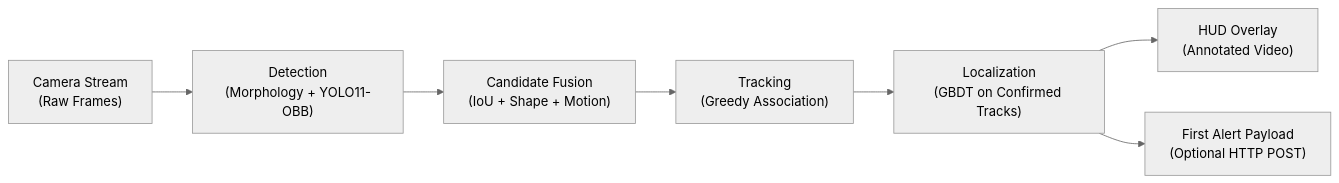
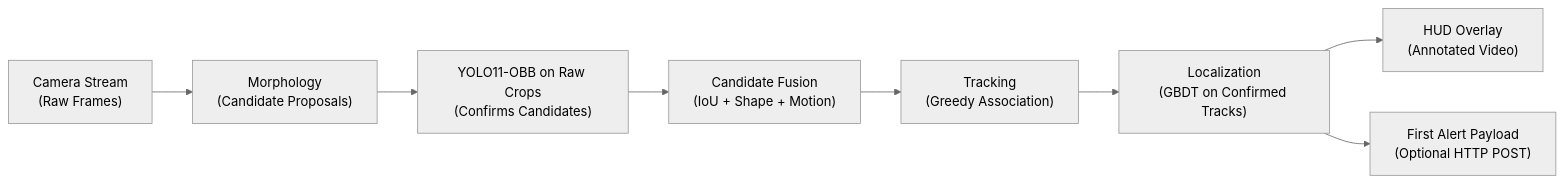
The diagram in README.md (PS-Open-Fruit/AI-Drone-Detection), drawn with Mermaid (neutral theme) before and after one commit. The commit also changed other lines of this file and 8 other files, not shown here.

````diff
--- a/README.md
+++ b/README.md
@@ -21,9 +27,10 @@
 ```mermaid
 flowchart LR
-    A["Camera Stream\n(Raw Frames)"] --> B["Detection\n(Morphology + YOLO11-OBB)"]
-    B --> C["Candidate Fusion\n(IoU + Shape + Motion)"]
-    C --> D["Tracking\n(Greedy Association)"]
-    D --> E["Localization\n(GBDT on Confirmed Tracks)"]
-    E --> F["HUD Overlay\n(Annotated Video)"]
-    E --> G["First Alert Payload\n(Optional HTTP POST)"]
+    A["Camera Stream\n(Raw Frames)"] --> B["Morphology\n(Candidate Proposals)"]
+    B --> C["YOLO11-OBB on Raw Crops\n(Confirms Candidates)"]
+    C --> D["Candidate Fusion\n(IoU + Shape + Motion)"]
+    D --> E["Tracking\n(Greedy Association)"]
+    E --> F["Localization\n(GBDT on Confirmed Tracks)"]
+    F --> G["HUD Overlay\n(Annotated Video)"]
+    F --> H["First Alert Payload\n(Optional HTTP POST)"]
 ```
````
